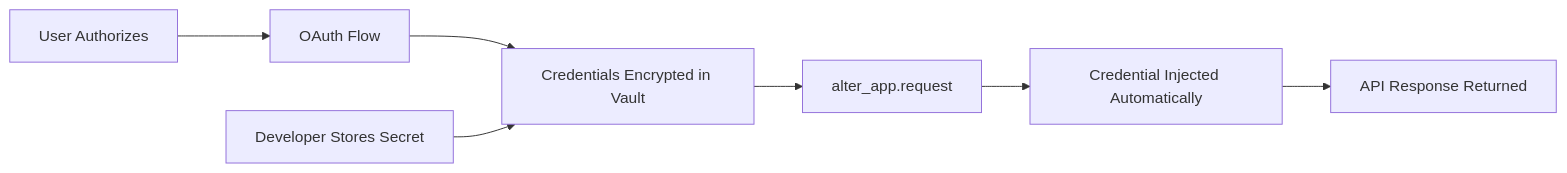
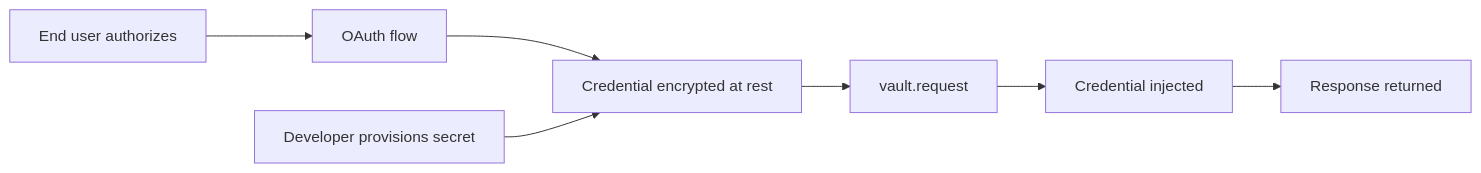
One commit to AlterAIDev/docs changed the diagram in reference/architecture.mdx. Above: the diagram before and after it, drawn with Mermaid. The commit also changed other lines of this file and 18 other files, not shown here.

Commit message:
Sync documentation from Alter-Vault

````diff
--- a/reference/architecture.mdx
+++ b/reference/architecture.mdx
@@ -17,9 +17,9 @@
 ```mermaid
 graph LR
-    A1[User Authorizes] --> B1[OAuth Flow]
-    B1 --> C[Credentials Encrypted in Vault]
-    A2[Developer Stores Secret] --> C
-    C --> D[alter_app.request]
-    D --> E[Credential Injected Automatically]
-    E --> F[API Response Returned]
+    A1[End user authorizes] --> B1[OAuth flow]
+    B1 --> C[Credential encrypted at rest]
+    A2[Developer provisions secret] --> C
+    C --> D[vault.request]
+    D --> E[Credential injected]
+    E --> F[Response returned]
 ```
````
